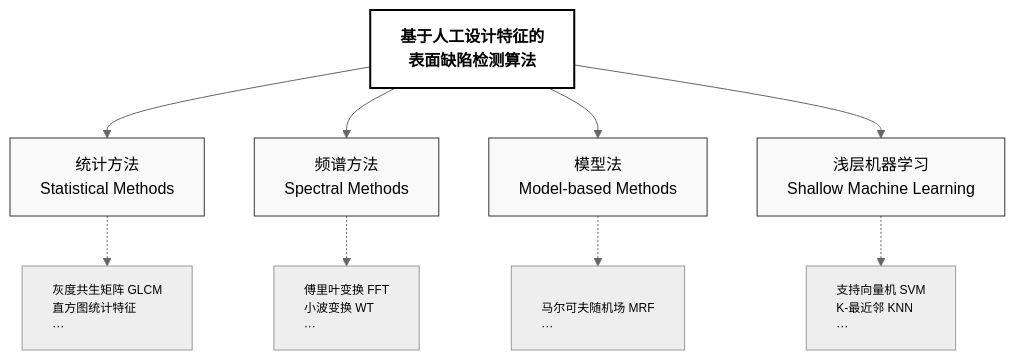
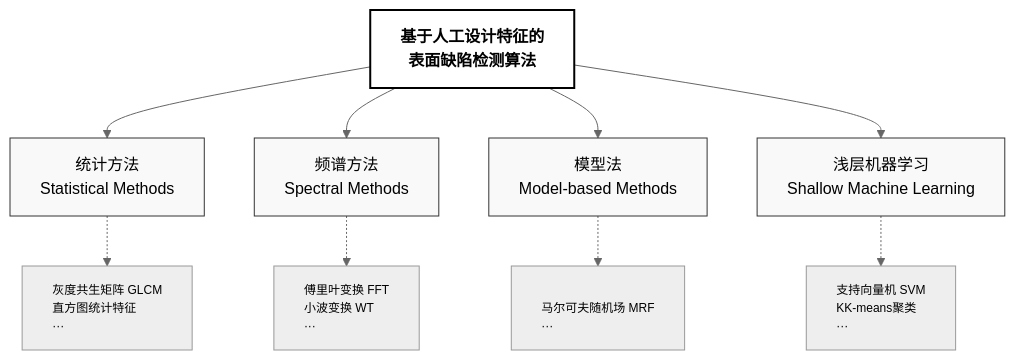
Before and after one commit to MAOSHENGsong/iodraw-files: the diagram in all/未命名-1.md, drawn with Mermaid (neutral theme).

Commit message:
2026-03-17 18:30:11 update

````diff
--- a/all/未命名-1.md
+++ b/all/未命名-1.md
@@ -1,43 +1,43 @@
 ```mermaid
 graph TB
     %% 核心标题
     Main[
     基于人工设计特征的
     表面缺陷检测算法] 
     
     %% 第一层级：四大分支
     Statistical[统计方法<br/>Statistical Methods]
     Spectral[频谱方法<br/>Spectral Methods]
     Model[模型法<br/>Model-based Methods]
     Machine[浅层机器学习<br/>Shallow Machine Learning]
 
     %% 第二层级：典型算法
     Sub_Stat[灰度共生矩阵 GLCM<br/>直方图统计特征<br/>···]
     Sub_Spec[傅里叶变换 FFT<br/>小波变换 WT<br/>···]
     Sub_Mod[<br/>马尔可夫随机场 MRF<br/>···<br/>]
-    Sub_Mach[支持向量机 SVM<br/>K-最近邻 KNN<br/>···]
+    Sub_Mach[支持向量机 SVM<br/>KK-means聚类<br/>···]
 
     %% 建立连接
     Main --> Statistical
     Main --> Spectral
     Main --> Model
     Main --> Machine
 
     Statistical -.-> Sub_Stat
     Spectral -.-> Sub_Spec
     Model -.-> Sub_Mod
     Machine -.-> Sub_Mach
 
     %% 样式美化：论文通常使用白底黑字或淡色调
     style Main fill:#ffffff,stroke:#000,stroke-width:2px,font-weight:bold
     style Statistical fill:#f9f9f9,stroke:#333,stroke-width:1px
     style Spectral fill:#f9f9f9,stroke:#333,stroke-width:1px
     style Model fill:#f9f9f9,stroke:#333,stroke-width:1px
     style Machine fill:#f9f9f9,stroke:#333,stroke-width:1px
     
     %% 细化子项样式
     style Sub_Stat font-size:12px,text-align:left
     style Sub_Spec font-size:12px,text-align:left
     style Sub_Mod font-size:12px,text-align:left
     style Sub_Mach font-size:12px,text-align:left
 ```
````
